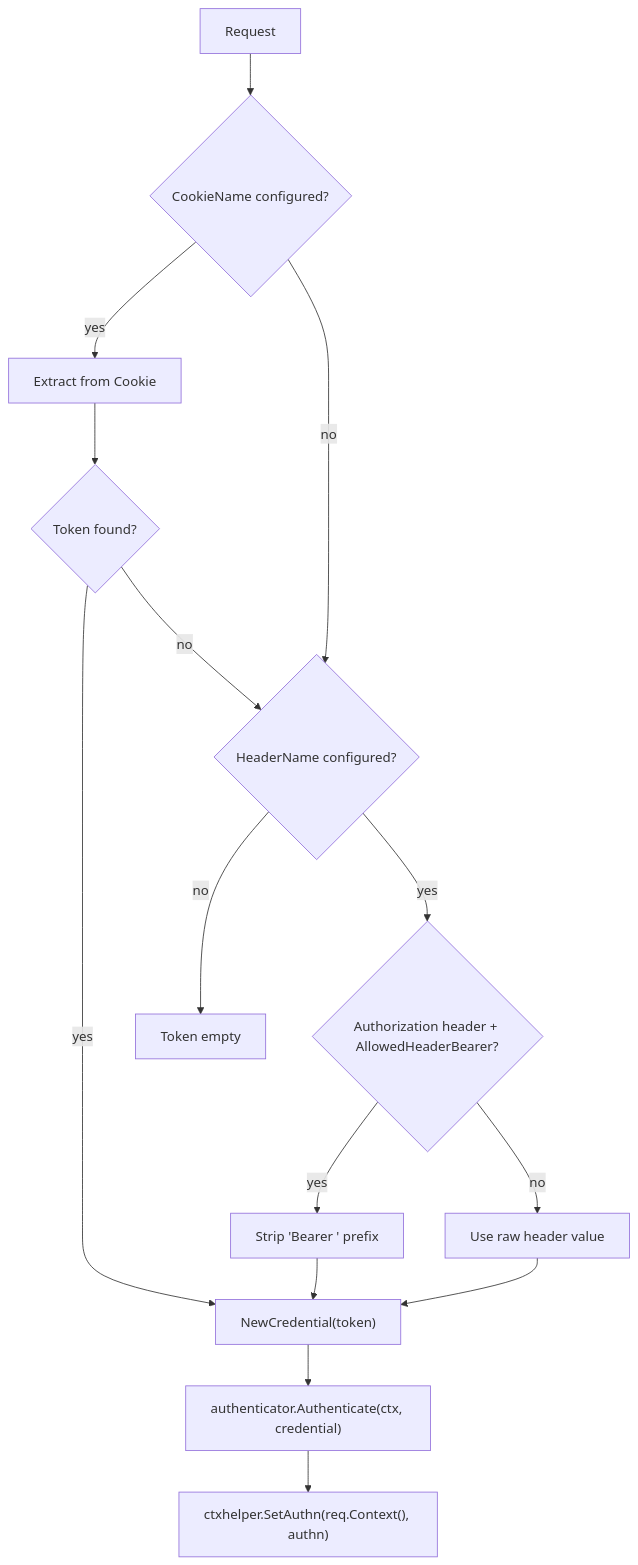
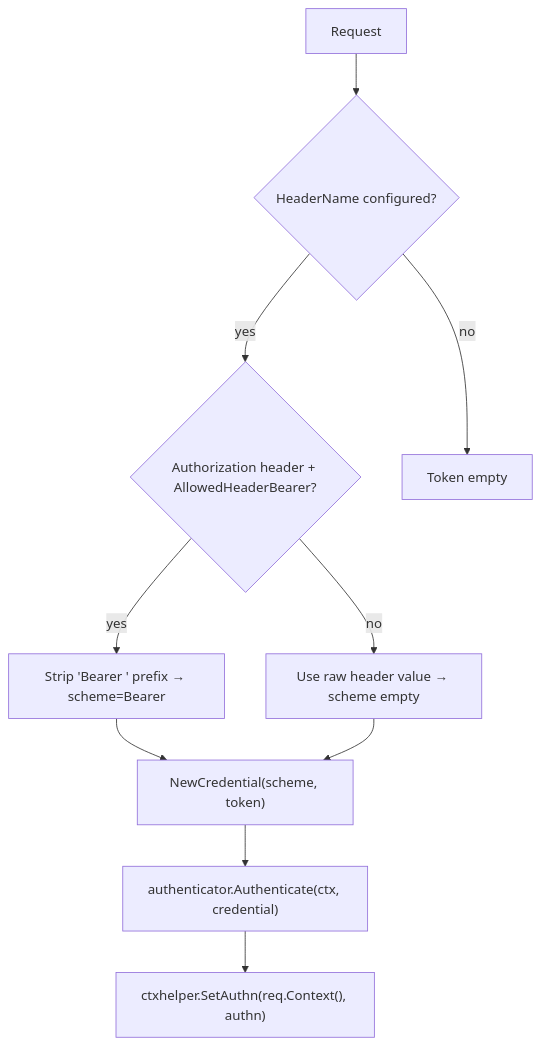
Before and after one commit to Tomy-ch/go-boilerplate: the first of 2 diagrams in internal/controller/httpstack/oapi/auth/README.md, drawn with Mermaid. The commit also changed other lines of this file and 2 other files, not shown here.

First line of the commit message:
Refactor: 認証 middleware の cookie 抽出を除去し Bearer 前提へ

````diff
--- a/internal/controller/httpstack/oapi/auth/README.md
+++ b/internal/controller/httpstack/oapi/auth/README.md
@@ -9,26 +9,19 @@
 ```mermaid
 flowchart TB
     Start["Request"]
-    Cookie{"CookieName configured?"}
-    CookieVal["Extract from Cookie"]
-    HasValue{"Token found?"}
     Header{"HeaderName configured?"}
     IsAuth{"Authorization header + AllowedHeaderBearer?"}
-    StripBearer["Strip 'Bearer ' prefix"]
-    RawHeader["Use raw header value"]
+    StripBearer["Strip 'Bearer ' prefix → scheme=Bearer"]
+    RawHeader["Use raw header value → scheme empty"]
     NoToken["Token empty"]
-    Credential["NewCredential(token)"]
+    Credential["NewCredential(scheme, token)"]
     Authenticate["authenticator.Authenticate(ctx, credential)"]
     StoreAuthn["ctxhelper.SetAuthn(req.Context(), authn)"]
 
-    Start --> Cookie
-    Cookie -- yes --> CookieVal --> HasValue
-    HasValue -- yes --> Credential
-    HasValue -- no --> Header
-    Cookie -- no --> Header
+    Start --> Header
     Header -- yes --> IsAuth
     IsAuth -- yes --> StripBearer --> Credential
     IsAuth -- no --> RawHeader --> Credential
     Header -- no --> NoToken
     Credential --> Authenticate --> StoreAuthn
 ```
````
